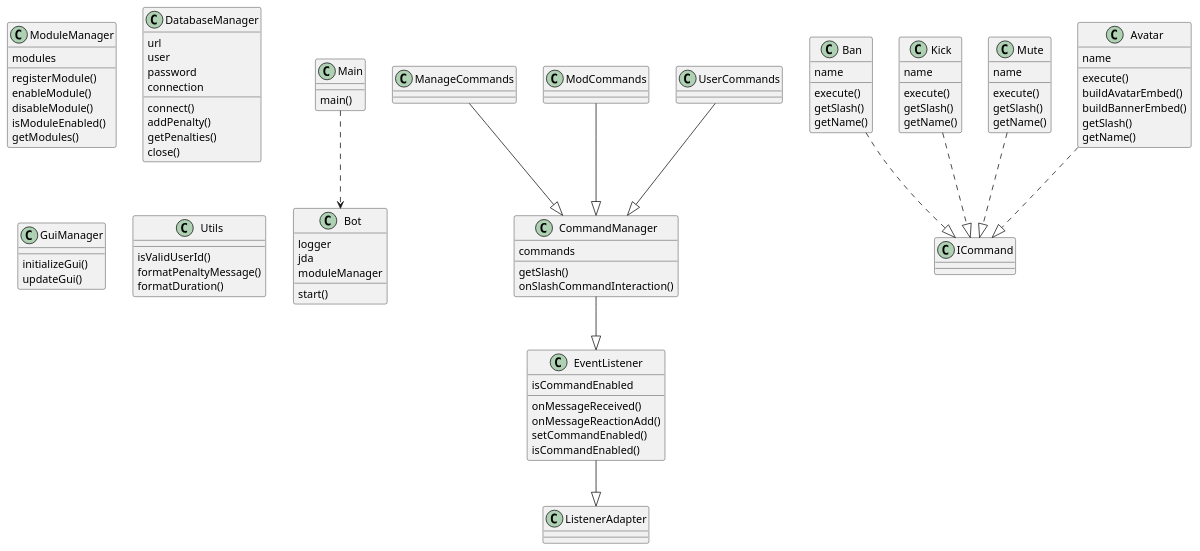
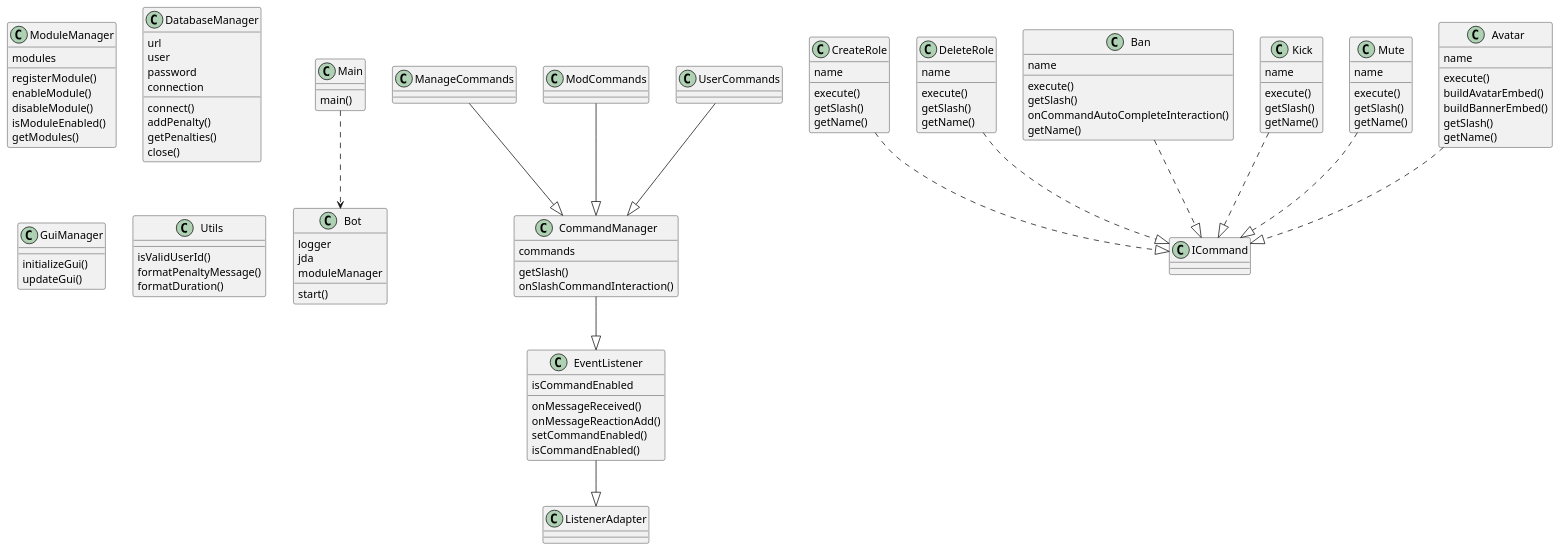
One commit to PelayoPS/DiscordBot_app changed the diagram in uml_output/diagram.puml. Above: the diagram before and after it, drawn with PlantUML. The commit also changed 29 other files, not shown here.

```diff
--- a/uml_output/diagram.puml
+++ b/uml_output/diagram.puml
@@ -1,92 +1,107 @@
 @startuml diagrama
 class Bot {
   logger
   jda
   moduleManager
   start()
 }
 class Main {
   main()
 }
 Main ..> Bot
 class ModuleManager {
   modules
   registerModule()
   enableModule()
   disableModule()
   isModuleEnabled()
   getModules()
 }
 class CommandManager {
   commands
   getSlash()
   onSlashCommandInteraction()
 }
 CommandManager --|> EventListener
 class ManageCommands {
 }
 ManageCommands --|> CommandManager
 class ModCommands {
 }
 ModCommands --|> CommandManager
 class UserCommands {
 }
 UserCommands --|> CommandManager
+class CreateRole {
+  name
+  execute()
+  getSlash()
+  getName()
+}
+CreateRole ..|> ICommand
+class DeleteRole {
+  name
+  execute()
+  getSlash()
+  getName()
+}
+DeleteRole ..|> ICommand
 class Ban {
   name
   execute()
   getSlash()
+  onCommandAutoCompleteInteraction()
   getName()
 }
 Ban ..|> ICommand
 class Kick {
   name
   execute()
   getSlash()
   getName()
 }
 Kick ..|> ICommand
 class Mute {
   name
   execute()
   getSlash()
   getName()
 }
 Mute ..|> ICommand
 class Avatar {
   name
   execute()
   buildAvatarEmbed()
   buildBannerEmbed()
   getSlash()
   getName()
 }
 Avatar ..|> ICommand
 class DatabaseManager {
   url
   user
   password
   connection
   connect()
   addPenalty()
   getPenalties()
   close()
 }
 class EventListener {
   isCommandEnabled
   onMessageReceived()
   onMessageReactionAdd()
   setCommandEnabled()
   isCommandEnabled()
 }
 EventListener --|> ListenerAdapter
 class GuiManager {
   initializeGui()
   updateGui()
 }
 class Utils {
   isValidUserId()
   formatPenaltyMessage()
   formatDuration()
 }
 @enduml
```
